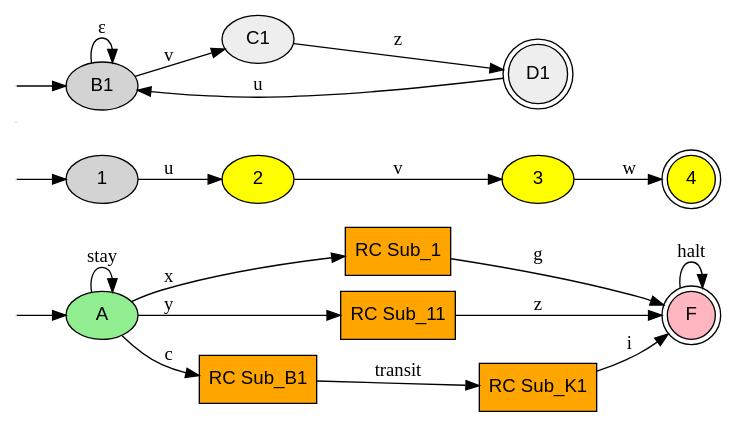
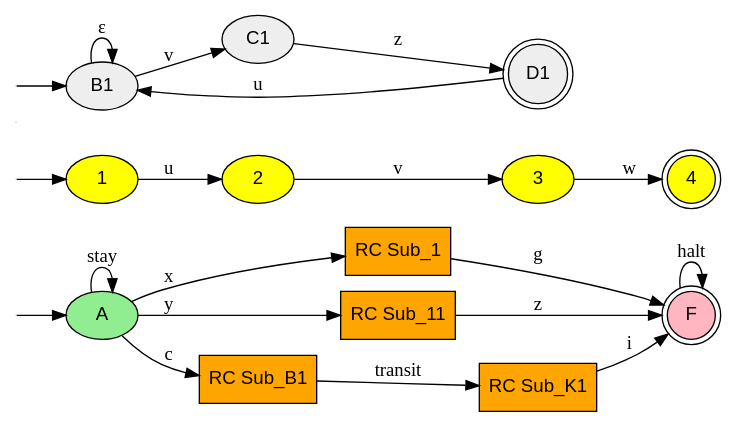
Before and after one commit to katsmil/dfa-to-fdfa: the diagram in VAF/example_factorized_automaton.dot, drawn with Graphviz.

Commit message:
Small change in colouring nodes VAF example

```diff
--- a/VAF/example_factorized_automaton.dot
+++ b/VAF/example_factorized_automaton.dot
@@ -1,50 +1,52 @@
 digraph G {
   rankdir=LR;
   node [fontname="Arial", style=filled]; // Standaard stijl voor alle knopen
 
   __start0 [label="" shape=none width=0 height=0];
   __start1 [label="" shape=none width=0 height=0];
   __start2 [label="" shape=none width=0 height=0];
   __start3 [label="" shape=none width=0 height=0];
   
   __start0 -> A;
-  __start1 -> 1;
-  __start3 -> sub_a_B1;
+  
+  
   A [fillcolor=lightgreen];
   F [shape=doublecircle, fillcolor=lightpink];
 
   // --- REGIO ALPHA (Grijze tint) ---
   node [fillcolor="#eeeeee"]; 
   sub_a_B1 [label="B1"]; sub_a_C1 [label="C1"]; sub_a_D1 [shape=doublecircle; label="D1"];
 
   sub_a_B1 -> sub_a_C1 [label="v"];
   sub_a_C1 -> sub_a_D1 [label="z"];
   sub_a_D1 -> sub_a_B1 [label="u"];
   sub_a_B1 -> sub_a_B1 [label="ε"];
+  __start3 -> sub_a_B1;
   
   RC_1 [shape=box, style=filled, fillcolor=orange, label="RC Sub_1"];
   RC_11 [shape=box, style=filled, fillcolor=orange, label="RC Sub_11"];
   RC_B1 [shape=box, style=filled, fillcolor=orange, label="RC Sub_B1"];
   RC_M1 [shape=box, style=filled, fillcolor=orange, label="RC Sub_K1"];
   
   // ---REGIO ACYCLISCH ---
   node [fillcolor="#FFFF00"];
   1; 2; 3; 4[shape=doublecircle];
   1 -> 2 [label="u"];
   2 -> 3 [label="v"];
   3 -> 4 [label="w"];
-
+  __start1 -> 1;
+  
   // --- Verbindingen ---
   node [fillcolor=white]; // Reset kleur voor rest
   A -> RC_B1 [label="c"];
   A -> RC_1 [label="x"];
   A -> RC_11 [label="y"];
   
   RC_M1 -> F [label="i"];
   RC_B1 -> RC_M1 [label="transit"];
   RC_1 -> F [label="g"];
   RC_11  -> F [label="z"];
   
   A  -> A  [label="stay"];
   F  -> F  [label="halt"];
 }
```
